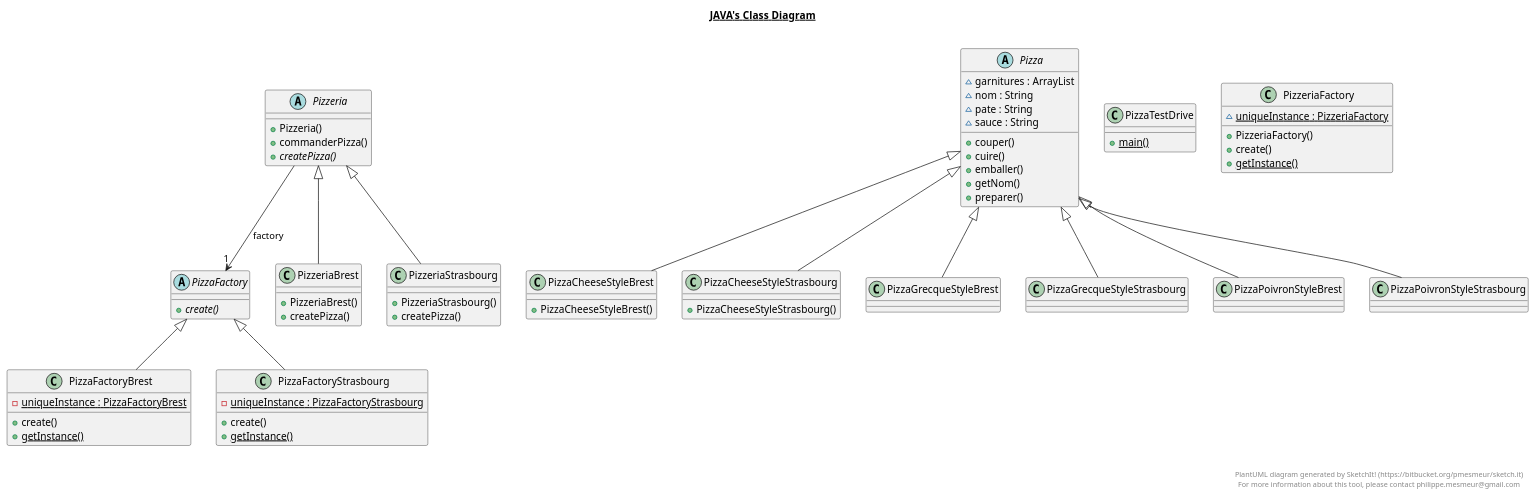
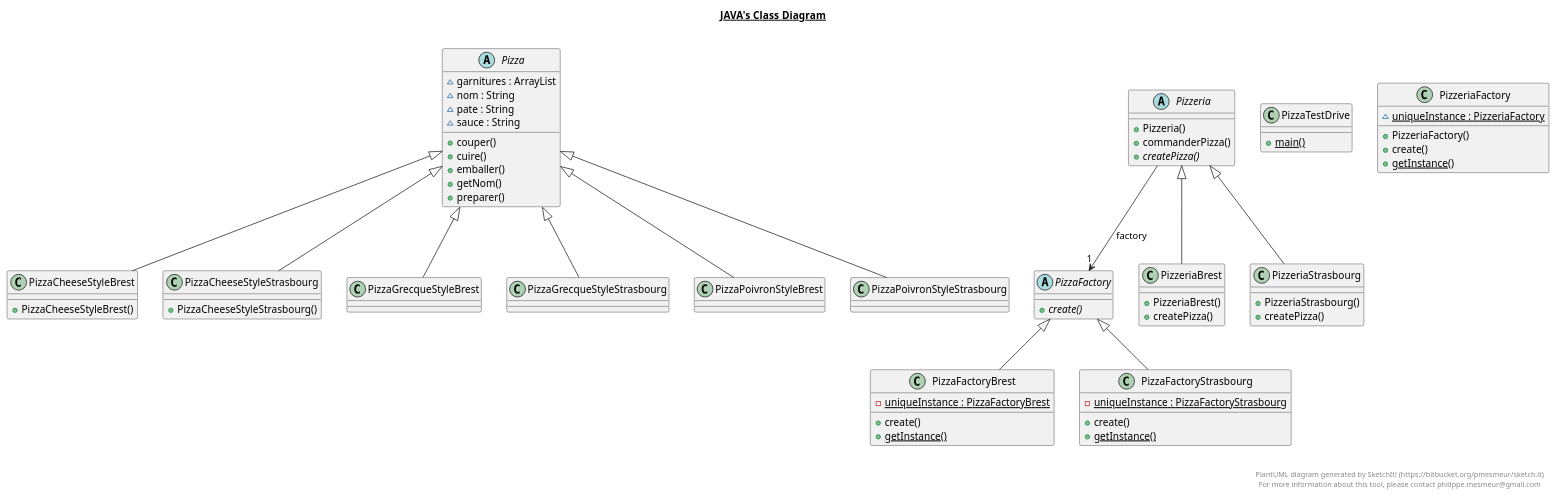
One commit to IUT-Blagnac/cpoa-tp3-Karlitau changed the diagram in docs/TP3.plantuml. Above: the diagram before and after it, drawn with PlantUML.

Commit message:
fix #All: Completed all duties

```diff
--- a/docs/TP3.plantuml
+++ b/docs/TP3.plantuml
@@ -1,137 +1,137 @@
 @startuml
 
 title __JAVA's Class Diagram__\n
 
 
     abstract class Pizza {
         ~ garnitures : ArrayList
         ~ nom : String
         ~ pate : String
         ~ sauce : String
         + couper()
         + cuire()
         + emballer()
         + getNom()
         + preparer()
     }
 
   
 
 
     class PizzaCheeseStyleBrest {
         + PizzaCheeseStyleBrest()
     }
 
   
 
     class PizzaCheeseStyleStrasbourg {
         + PizzaCheeseStyleStrasbourg()
     }
 
   
 
     abstract class PizzaFactory {
         {abstract} + create()
     }
 
 
     class PizzaFactoryBrest {
         {static} - uniqueInstance : PizzaFactoryBrest
         + create()
         {static} + getInstance()
     }
 
   
 
 
     class PizzaFactoryStrasbourg {
         {static} - uniqueInstance : PizzaFactoryStrasbourg
         + create()
         {static} + getInstance()
     }
 
   
 
 
     class PizzaGrecqueStyleBrest {
     }
 
   
 
 
     class PizzaGrecqueStyleStrasbourg {
     }
 
   
 
     class PizzaPoivronStyleBrest {
     }
 
   
 
 
     class PizzaPoivronStyleStrasbourg {
     }
 
   
 
     class PizzaTestDrive {
         {static} + main()
     }
 
   
 
     abstract class Pizzeria {
         + Pizzeria()
         + commanderPizza()
         {abstract} + createPizza()
     }
 
   
 
 
     class PizzeriaBrest {
         + PizzeriaBrest()
         + createPizza()
     }
 
   
 
 
     class PizzeriaFactory {
         {static} ~ uniqueInstance : PizzeriaFactory
         + PizzeriaFactory()
         + create()
         {static} + getInstance()
     }
 
 
     class PizzeriaStrasbourg {
         + PizzeriaStrasbourg()
         + createPizza()
     }
 
   
 
-  PizzaCheeseStyleBrest -up-|> Pizza
-  PizzaCheeseStyleStrasbourg -up-|> Pizza
-  PizzaFactoryBrest -up-|> PizzaFactory
-  PizzaFactoryStrasbourg -up-|> PizzaFactory
-  PizzaGrecqueStyleBrest -up-|> Pizza
-  PizzaGrecqueStyleStrasbourg -up-|> Pizza
-  PizzaPoivronStyleBrest -up-|> Pizza
-  PizzaPoivronStyleStrasbourg -up-|> Pizza
+  Pizza <|-- PizzaCheeseStyleBrest
+  Pizza <|--PizzaCheeseStyleStrasbourg
+  PizzaFactory <|-- PizzaFactoryBrest
+  PizzaFactory <|-- PizzaFactoryStrasbourg
+  Pizza <|-- PizzaGrecqueStyleBrest
+  Pizza <|-- PizzaGrecqueStyleStrasbourg
+  Pizza <|-- PizzaPoivronStyleBrest
+  Pizza <|-- PizzaPoivronStyleStrasbourg
   Pizzeria -->"1" PizzaFactory : factory
-  PizzeriaBrest -up-|> Pizzeria
-  PizzeriaStrasbourg -up-|> Pizzeria
+  Pizzeria <|-- PizzeriaBrest
+  Pizzeria <|-- PizzeriaStrasbourg
 
 
 
 right footer
 
 
 PlantUML diagram generated by SketchIt! (https://bitbucket.org/pmesmeur/sketch.it)
 For more information about this tool, please contact philippe.mesmeur@gmail.com
 endfooter
 
 @enduml
```
